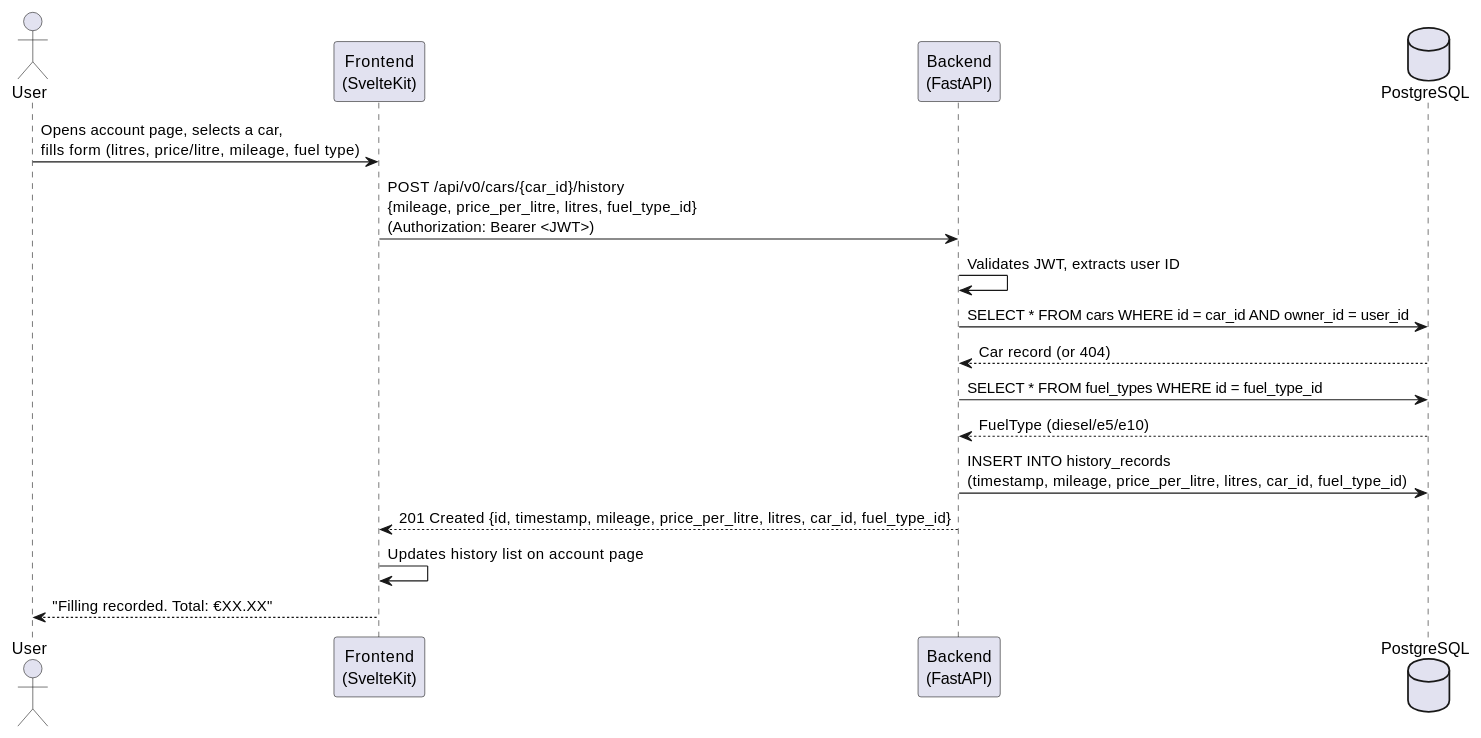
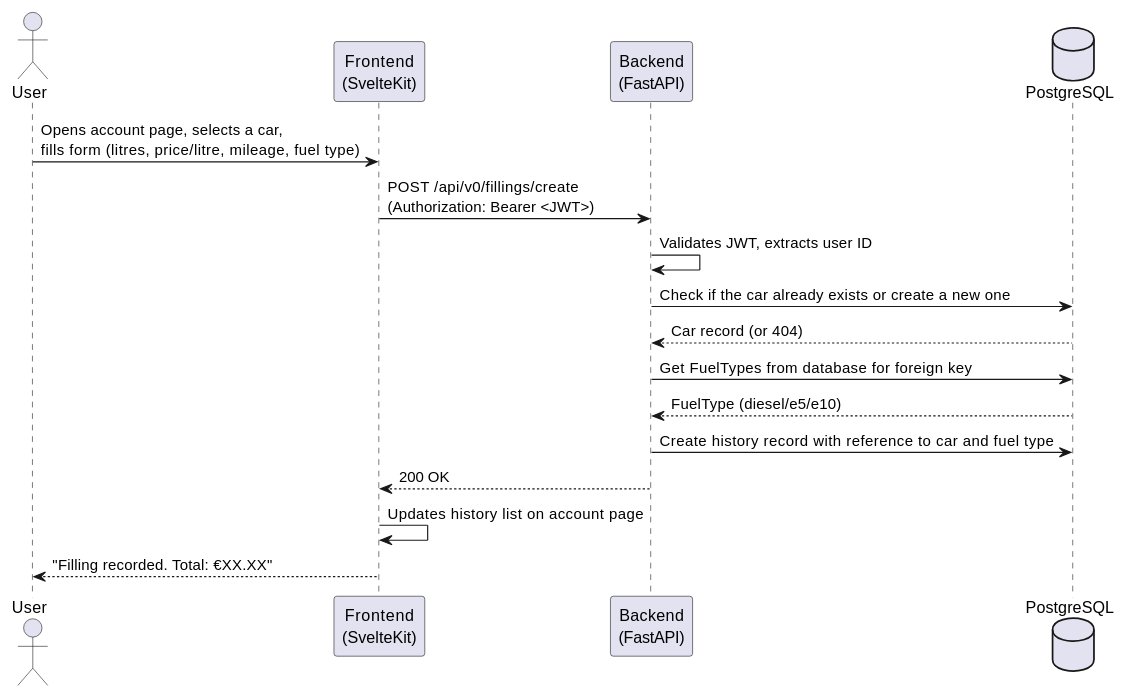
Before and after one commit to SQS-THRO/Tanker24: the third of 5 diagrams in docs/arc42/06_runtime_view.md, drawn with PlantUML.

Commit message:
#226 updated sequence diagram

````diff
--- a/docs/arc42/06_runtime_view.md
+++ b/docs/arc42/06_runtime_view.md
@@ -99,24 +99,24 @@
 ```puml
 @startuml
 actor User
 participant "Frontend\n(SvelteKit)" as FE
 participant "Backend\n(FastAPI)" as BE
 database "PostgreSQL" as DB
 
 User -> FE: Opens account page, selects a car,\nfills form (litres, price/litre, mileage, fuel type)
-FE -> BE: POST /api/v0/cars/{car_id}/history\n{mileage, price_per_litre, litres, fuel_type_id}\n(Authorization: Bearer <JWT>)
+FE -> BE: POST /api/v0/fillings/create\n(Authorization: Bearer <JWT>)
 
 BE -> BE: Validates JWT, extracts user ID
-BE -> DB: SELECT * FROM cars WHERE id = car_id AND owner_id = user_id
+BE -> DB: Check if the car already exists or create a new one
 DB --> BE: Car record (or 404)
 
-BE -> DB: SELECT * FROM fuel_types WHERE id = fuel_type_id
+BE -> DB: Get FuelTypes from database for foreign key
 DB --> BE: FuelType (diesel/e5/e10)
 
-BE -> DB: INSERT INTO history_records\n(timestamp, mileage, price_per_litre, litres, car_id, fuel_type_id)
-BE --> FE: 201 Created {id, timestamp, mileage, price_per_litre, litres, car_id, fuel_type_id}
+BE -> DB: Create history record with reference to car and fuel type
+BE --> FE: 200 OK 
 
 FE -> FE: Updates history list on account page
 FE --> User: "Filling recorded. Total: €XX.XX"
 @enduml
 ```
````
